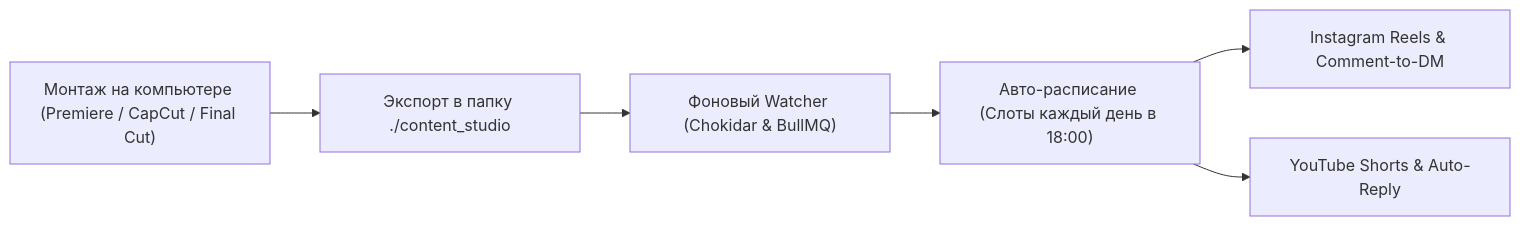
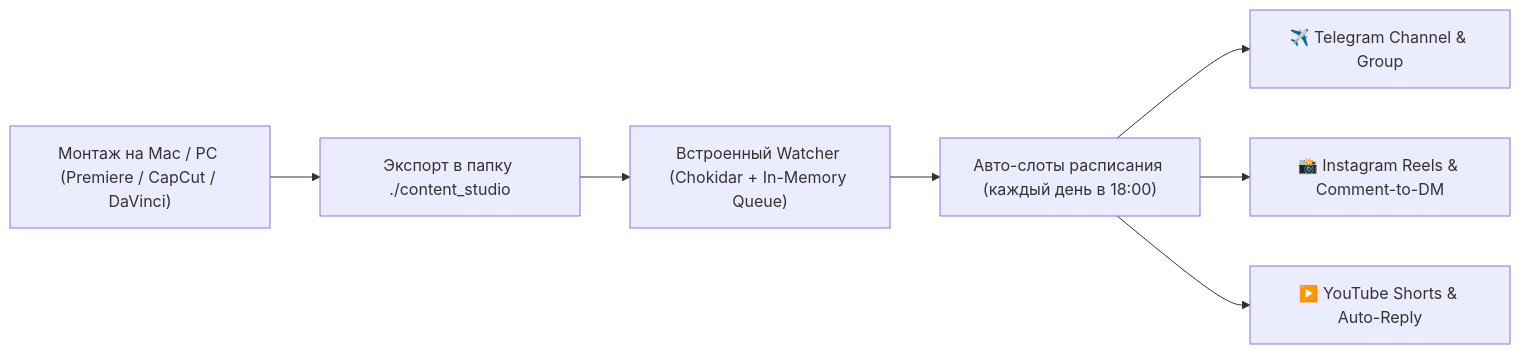
The diagram in README.md (dbaigara/multisocial-autotool), drawn with Mermaid before and after one commit. The commit also changed other lines of this file and 21 other files, not shown here.

````diff
--- a/README.md
+++ b/README.md
@@ -11,8 +20,9 @@
 ```mermaid
 flowchart LR
-    Editor["Монтаж на компьютере (Premiere / CapCut / Final Cut)"] --> Export["Экспорт в папку ./content_studio"]
-    Export --> Watcher["Фоновый Watcher (Chokidar & BullMQ)"]
-    Watcher --> AutoSlots["Авто-расписание (Слоты каждый день в 18:00)"]
-    AutoSlots --> Meta["Instagram Reels & Comment-to-DM"]
-    AutoSlots --> YT["YouTube Shorts & Auto-Reply"]
+    Editor["Монтаж на Mac / PC (Premiere / CapCut / DaVinci)"] --> Export["Экспорт в папку ./content_studio"]
+    Export --> Watcher["Встроенный Watcher (Chokidar + In-Memory Queue)"]
+    Watcher --> AutoSlots["Авто-слоты расписания (каждый день в 18:00)"]
+    AutoSlots --> TG["✈️ Telegram Channel & Group"]
+    AutoSlots --> IG["📸 Instagram Reels & Comment-to-DM"]
+    AutoSlots --> YT["▶️ YouTube Shorts & Auto-Reply"]
 ```
````
